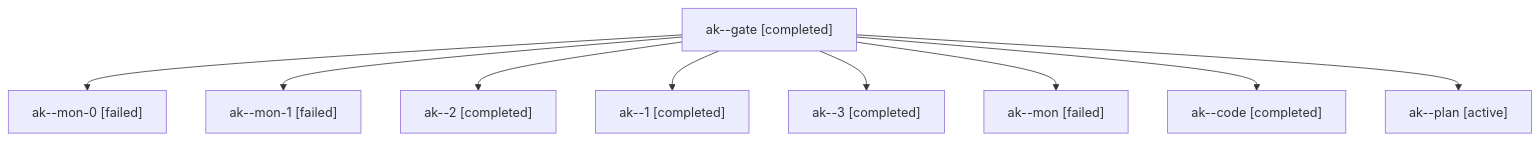
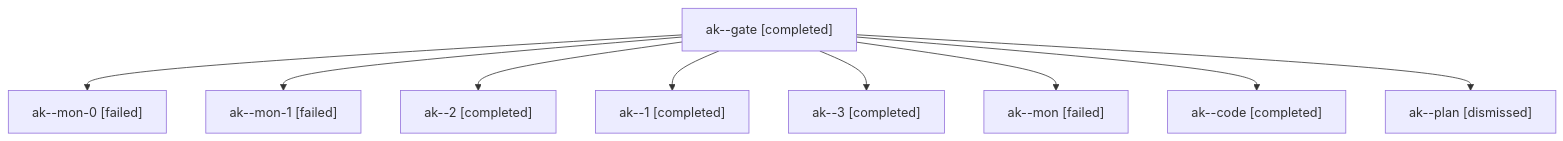
Before and after one commit to sase-org/sase--agents: the diagram in sessions/bbugyi200.apollo.ak.md, drawn with Mermaid. The commit also changed other lines of this file and 27 other files, not shown here.

````diff
--- a/sessions/bbugyi200.apollo.ak.md
+++ b/sessions/bbugyi200.apollo.ak.md
@@ -9,20 +9,20 @@
 ```mermaid
 flowchart TD
   n0["ak--gate [completed]"]
   n1["ak--mon-0 [failed]"]
   n0 --> n1
   n2["ak--mon-1 [failed]"]
   n0 --> n2
   n3["ak--2 [completed]"]
   n0 --> n3
   n4["ak--1 [completed]"]
   n0 --> n4
   n5["ak--3 [completed]"]
   n0 --> n5
   n6["ak--mon [failed]"]
   n0 --> n6
   n7["ak--code [completed]"]
   n0 --> n7
-  n8["ak--plan [active]"]
+  n8["ak--plan [dismissed]"]
   n0 --> n8
 ```
````
